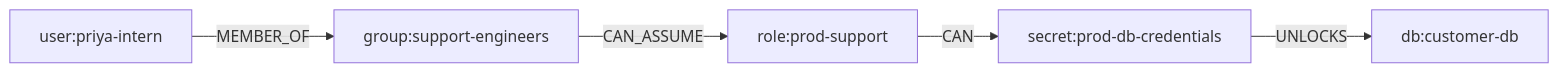
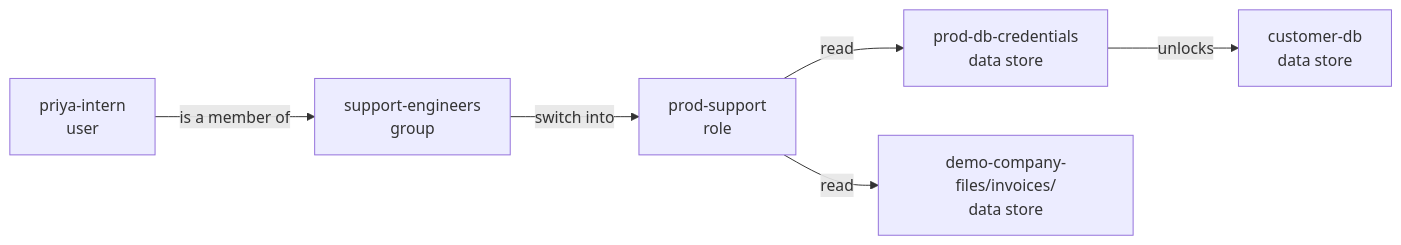
Before and after one commit to AjinkyaTaranekar/theseus: the diagram in tests/unit/snapshots/render/fixture-intern.md, drawn with Mermaid. The commit also changed other lines of this file and 12 other files, not shown here.

````diff
--- a/tests/unit/snapshots/render/fixture-intern.md
+++ b/tests/unit/snapshots/render/fixture-intern.md
@@ -28,12 +11,14 @@
 ```mermaid
 flowchart LR
-  n1["user:priya-intern"]
-  n2["group:support-engineers"]
-  n3["role:prod-support"]
-  n4["secret:prod-db-credentials"]
-  n5["db:customer-db"]
-  n1 -->|MEMBER_OF| n2
-  n2 -->|CAN_ASSUME| n3
-  n3 -->|CAN| n4
-  n4 -->|UNLOCKS| n5
+  n1["priya-intern<br/>user"]
+  n2["support-engineers<br/>group"]
+  n3["prod-support<br/>role"]
+  n4["prod-db-credentials<br/>data store"]
+  n5["customer-db<br/>data store"]
+  n6["demo-company-files/invoices/<br/>data store"]
+  n1 -->|"is a member of"| n2
+  n2 -->|"switch into"| n3
+  n3 -->|"read"| n4
+  n4 -->|"unlocks"| n5
+  n3 -->|"read"| n6
 ```
````
